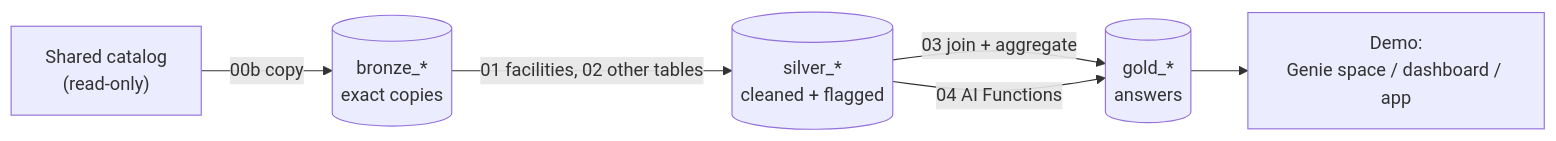
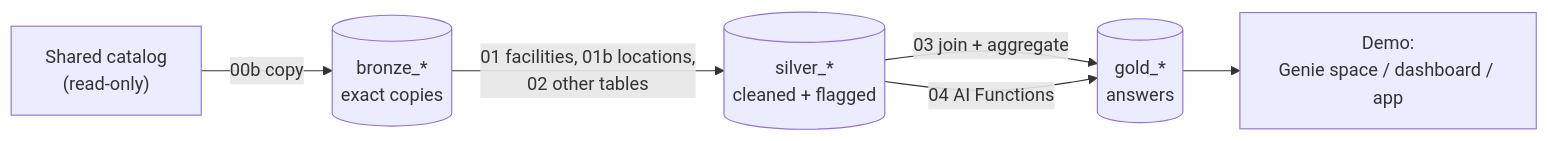
The diagram in README.md (Aryushix/databricks-fall2026-hackathon), drawn with Mermaid before and after one commit. The commit also changed other lines of this file and 12 other files, not shown here.

````diff
--- a/README.md
+++ b/README.md
@@ -41,8 +42,8 @@
 ```mermaid
 flowchart LR
   S["Shared catalog<br/>(read-only)"] -->|00b copy| B[("bronze_*<br/>exact copies")]
-  B -->|01 facilities, 02 other tables| SV[("silver_*<br/>cleaned + flagged")]
+  B -->|01 facilities, 01b locations,<br/>02 other tables| SV[("silver_*<br/>cleaned + flagged")]
   SV -->|03 join + aggregate| G[("gold_*<br/>answers")]
   SV -->|04 AI Functions| G
   G --> D["Demo:<br/>Genie space / dashboard / app"]
 ```
````
